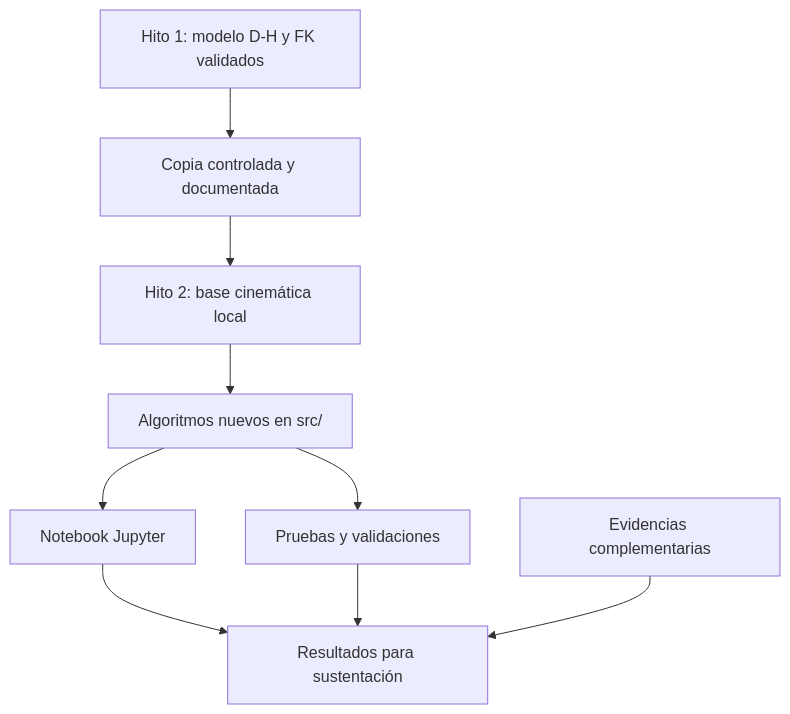
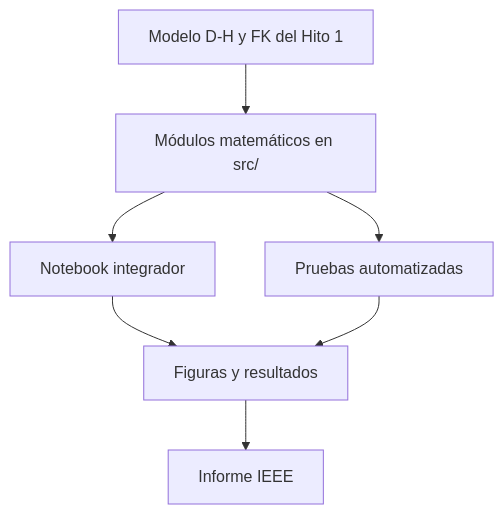
Before and after one commit to mario-nina/planificacion-UCB: the first of 8 diagrams in 2-2026/IMT342/equipo/hitos/hito2/docs/diagramas_flujo.md, drawn with Mermaid. The commit also changed other lines of this file and 6 other files, not shown here.

Commit message:
docs(hito2): consolida informe y documentacion final

````diff
--- a/2-2026/IMT342/equipo/hitos/hito2/docs/diagramas_flujo.md
+++ b/2-2026/IMT342/equipo/hitos/hito2/docs/diagramas_flujo.md
@@ -11,21 +8,16 @@
 ```mermaid
-flowchart TB
-    A["Hito 1: modelo D-H y FK validados"]
-    B["Copia controlada y documentada"]
-    C["Hito 2: base cinemática local"]
-
-    D["Algoritmos nuevos en src/"]
-    E["Notebook Jupyter"]
-    F["Pruebas y validaciones"]
-    G["Evidencias complementarias"]
-    H["Resultados para sustentación"]
+flowchart TD
+    A["Modelo D-H y FK del Hito 1"]
+    B["Módulos matemáticos en src/"]
+    C["Notebook integrador"]
+    D["Pruebas automatizadas"]
+    E["Figuras y resultados"]
+    F["Informe IEEE"]
 
     A --> B
     B --> C
-    C --> D
+    B --> D
+    C --> E
     D --> E
-    D --> F
-    E --> H
-    F --> H
-    G --> H
+    E --> F
 ```
````
